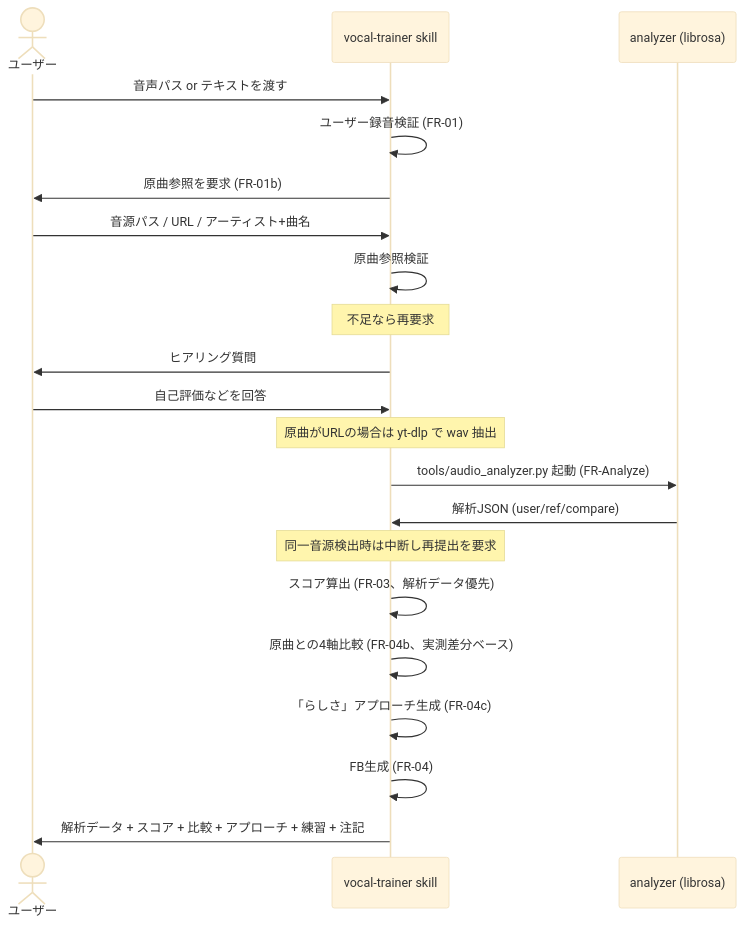
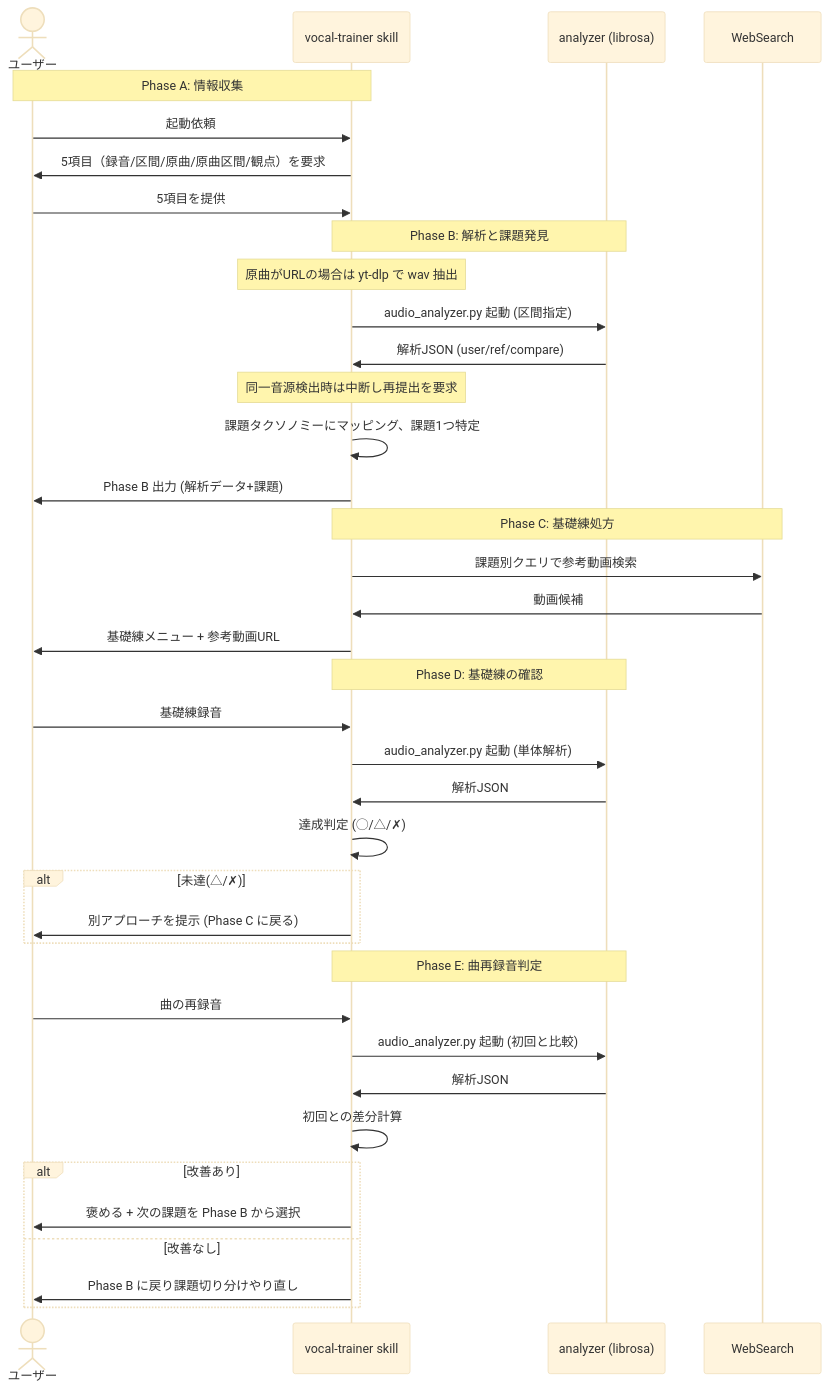
Before and after one commit to maru0814/vocalcoach: the third of 4 diagrams in docs/04_設計書_ClaudeCode版FB.md, drawn with Mermaid (base theme). The commit also changed other lines of this file and 3 other files, not shown here.

````diff
--- a/docs/04_設計書_ClaudeCode版FB.md
+++ b/docs/04_設計書_ClaudeCode版FB.md
@@ -277,23 +329,40 @@
 ```mermaid
 sequenceDiagram
     actor U as ユーザー
     participant S as vocal-trainer skill
     participant A as analyzer (librosa)
-    U->>S: 音声パス or テキストを渡す
-    S->>S: ユーザー録音検証 (FR-01)
-    S->>U: 原曲参照を要求 (FR-01b)
-    U->>S: 音源パス / URL / アーティスト+曲名
-    S->>S: 原曲参照検証
-    Note over S: 不足なら再要求
-    S->>U: ヒアリング質問
-    U->>S: 自己評価などを回答
+    participant W as WebSearch
+    Note over S,U: Phase A: 情報収集
+    U->>S: 起動依頼
+    S->>U: 5項目（録音/区間/原曲/原曲区間/観点）を要求
+    U->>S: 5項目を提供
+    Note over S,A: Phase B: 解析と課題発見
     Note over S: 原曲がURLの場合は yt-dlp で wav 抽出
-    S->>A: tools/audio_analyzer.py 起動 (FR-Analyze)
+    S->>A: audio_analyzer.py 起動 (区間指定)
     A->>S: 解析JSON (user/ref/compare)
     Note over S: 同一音源検出時は中断し再提出を要求
-    S->>S: スコア算出 (FR-03、解析データ優先)
-    S->>S: 原曲との4軸比較 (FR-04b、実測差分ベース)
-    S->>S: 「らしさ」アプローチ生成 (FR-04c)
-    S->>S: FB生成 (FR-04)
-    S->>U: 解析データ + スコア + 比較 + アプローチ + 練習 + 注記
+    S->>S: 課題タクソノミーにマッピング、課題1つ特定
+    S->>U: Phase B 出力 (解析データ+課題)
+    Note over S,W: Phase C: 基礎練処方
+    S->>W: 課題別クエリで参考動画検索
+    W->>S: 動画候補
+    S->>U: 基礎練メニュー + 参考動画URL
+    Note over S,A: Phase D: 基礎練の確認
+    U->>S: 基礎練録音
+    S->>A: audio_analyzer.py 起動 (単体解析)
+    A->>S: 解析JSON
+    S->>S: 達成判定 (◯/△/✗)
+    alt 未達(△/✗)
+        S->>U: 別アプローチを提示 (Phase C に戻る)
+    end
+    Note over S,A: Phase E: 曲再録音判定
+    U->>S: 曲の再録音
+    S->>A: audio_analyzer.py 起動 (初回と比較)
+    A->>S: 解析JSON
+    S->>S: 初回との差分計算
+    alt 改善あり
+        S->>U: 褒める + 次の課題を Phase B から選択
+    else 改善なし
+        S->>U: Phase B に戻り課題切り分けやり直し
+    end
 ```
````
